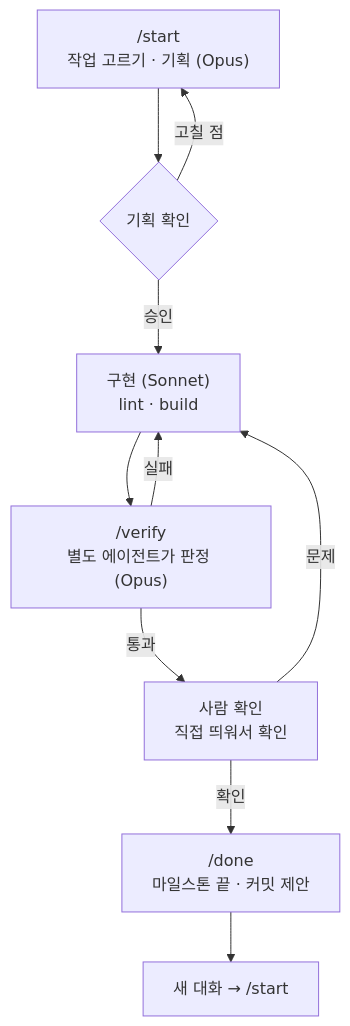
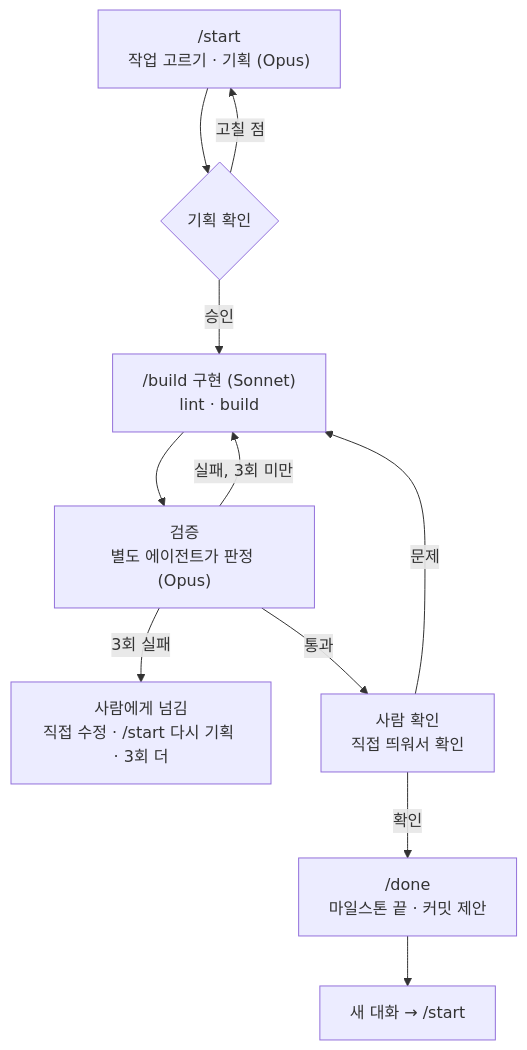
The third of 3 diagrams in README.md (Jung-aejin/nyangmeong-frontend), drawn with Mermaid before and after one commit. The commit also changed other lines of this file and 11 other files, not shown here.

````diff
--- a/README.md
+++ b/README.md
@@ -103,12 +103,13 @@
 ```mermaid
 flowchart TD
   S["/start<br/>작업 고르기 · 기획 (Opus)"] --> P{기획 확인}
   P -- 고칠 점 --> S
-  P -- 승인 --> I["구현 (Sonnet)<br/>lint · build"]
-  I --> V["/verify<br/>별도 에이전트가 판정 (Opus)"]
-  V -- 실패 --> I
+  P -- 승인 --> I["/build 구현 (Sonnet)<br/>lint · build"]
+  I --> V["검증<br/>별도 에이전트가 판정 (Opus)"]
+  V -- 실패, 3회 미만 --> I
+  V -- 3회 실패 --> X["사람에게 넘김<br/>직접 수정 · /start 다시 기획 · 3회 더"]
   V -- 통과 --> H["사람 확인<br/>직접 띄워서 확인"]
   H -- 문제 --> I
   H -- 확인 --> D["/done<br/>마일스톤 끝 · 커밋 제안"]
   D --> N["새 대화 → /start"]
 ```
````
